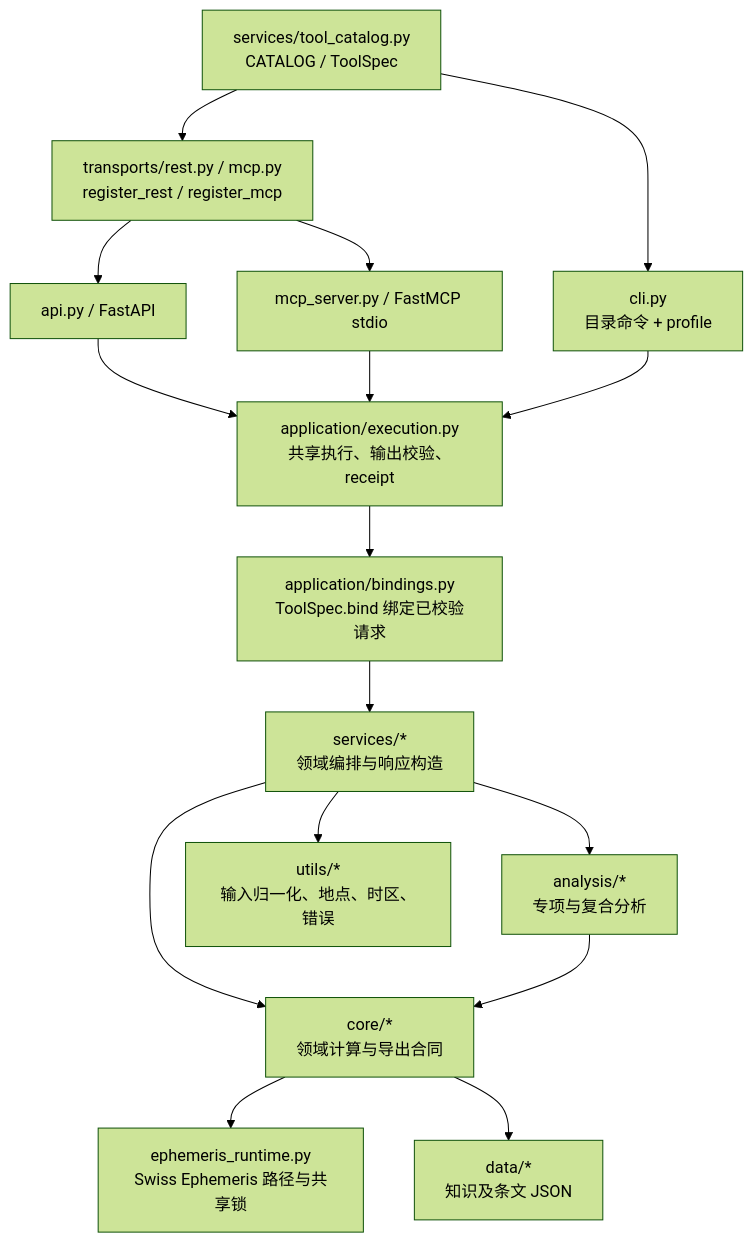
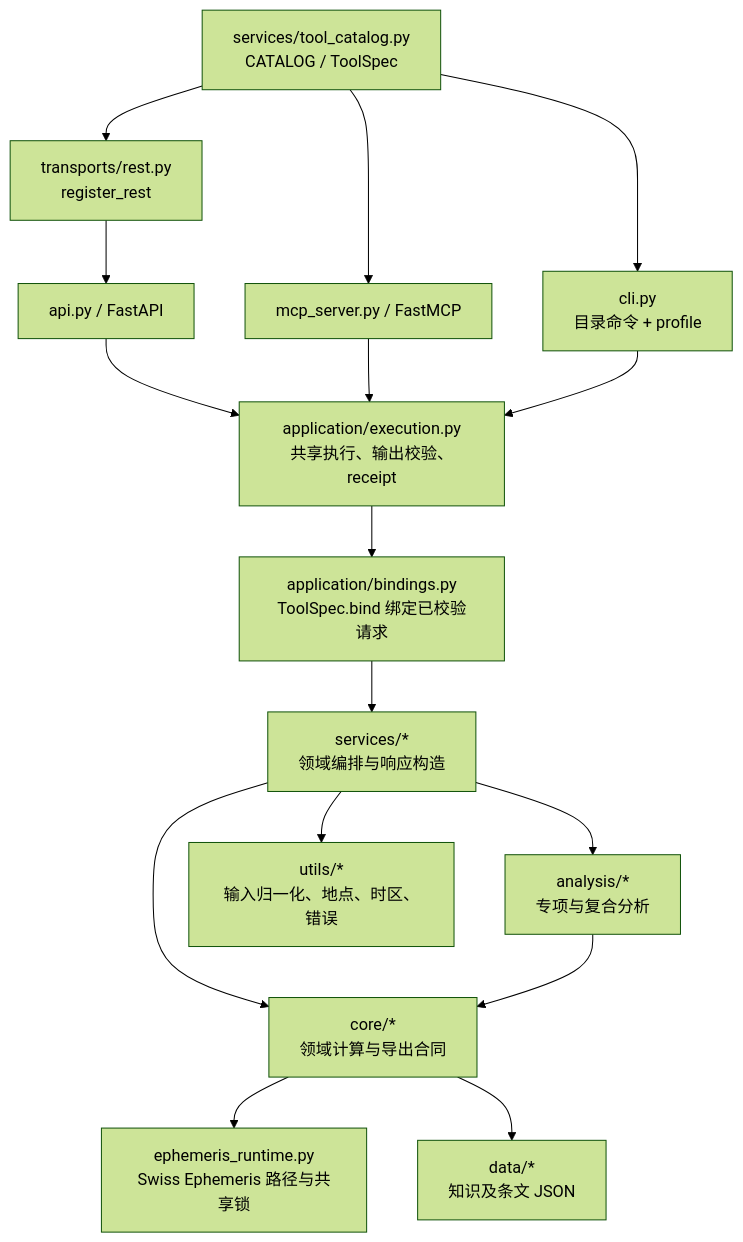
Before and after one commit to thomas-yanxin/FateBridge: the first of 2 diagrams in docs/architecture.md, drawn with Mermaid (forest theme). The commit also changed other lines of this file and 4300 other files, not shown here.

````diff
--- a/docs/architecture.md
+++ b/docs/architecture.md
@@ -17,18 +19,18 @@
 ```mermaid
 flowchart TD
-    Catalog["services/tool_catalog.py<br/>CATALOG / ToolSpec"] --> Registrar["transports/rest.py / mcp.py<br/>register_rest / register_mcp"]
+    Catalog["services/tool_catalog.py<br/>CATALOG / ToolSpec"] --> Registrar["transports/rest.py<br/>register_rest"]
     Catalog --> CLI["cli.py<br/>目录命令 + profile"]
     Registrar --> REST["api.py / FastAPI"]
-    Registrar --> MCP["mcp_server.py / FastMCP stdio"]
+    Catalog --> MCP["mcp_server.py / FastMCP"]
     REST --> Execution["application/execution.py<br/>共享执行、输出校验、receipt"]
     MCP --> Execution
     CLI --> Execution
     Execution --> Bind["application/bindings.py<br/>ToolSpec.bind 绑定已校验请求"]
     Bind --> Services["services/*<br/>领域编排与响应构造"]
     Services --> Analysis["analysis/*<br/>专项与复合分析"]
     Services --> Core["core/*<br/>领域计算与导出合同"]
     Services --> Utils["utils/*<br/>输入归一化、地点、时区、错误"]
     Core --> Ephe["ephemeris_runtime.py<br/>Swiss Ephemeris 路径与共享锁"]
     Core --> Data["data/*<br/>知识及条文 JSON"]
     Analysis --> Core
 ```
````
